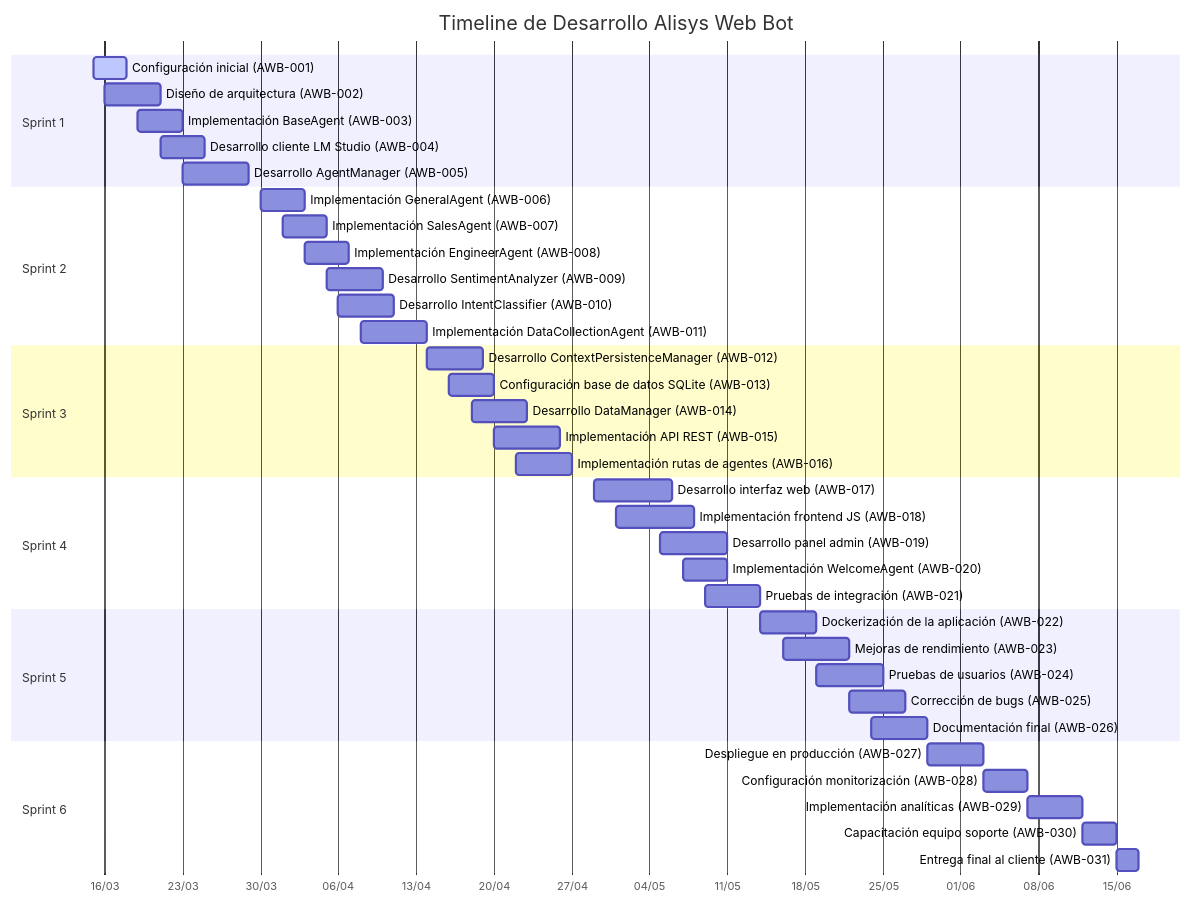
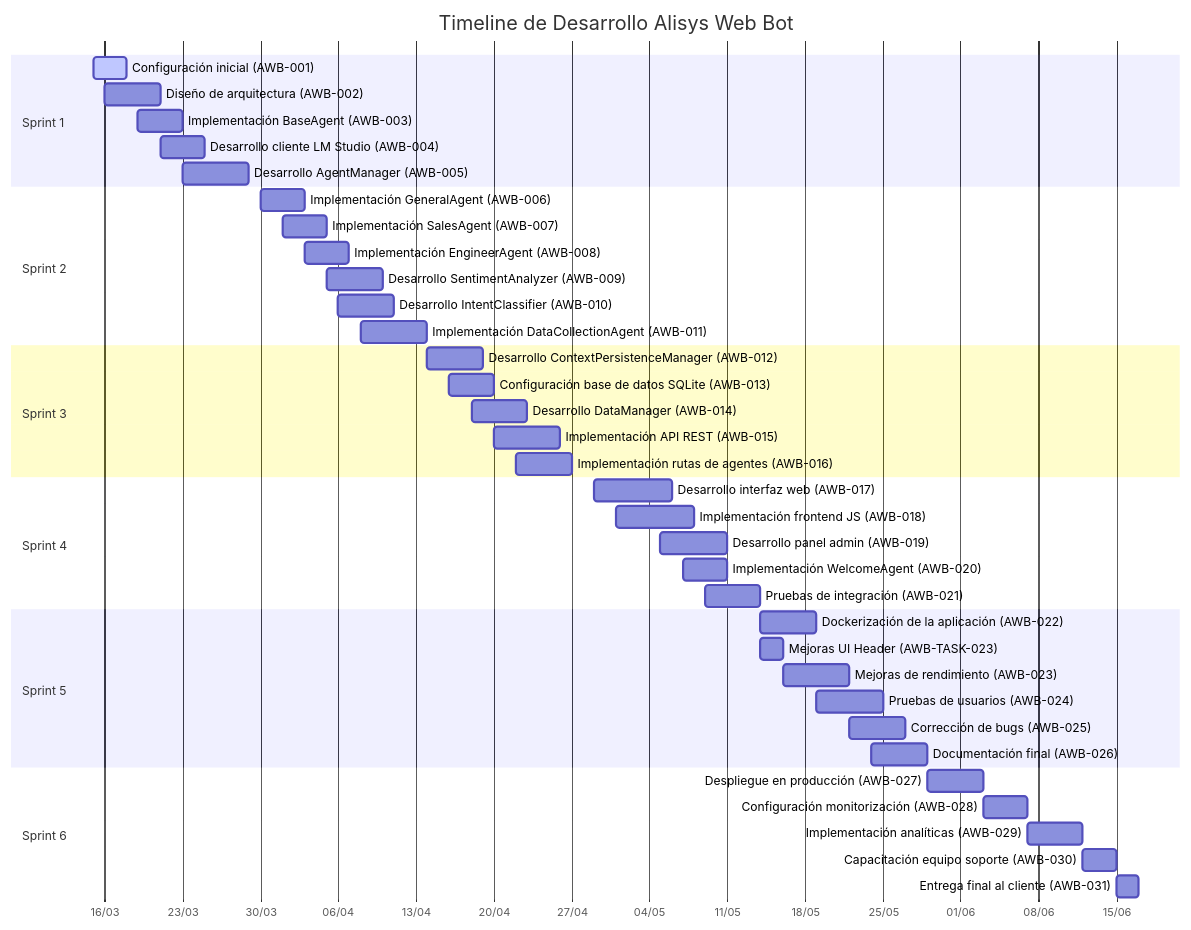
One commit to infantesromeroadrian/AgentAI-Chatbot-Web changed the diagram in jira-files/visualization/mermaid_gantt.md. Above: the diagram before and after it, drawn with Mermaid. The commit also changed 10 other files, not shown here.

````diff
--- a/jira-files/visualization/mermaid_gantt.md
+++ b/jira-files/visualization/mermaid_gantt.md
@@ -1,49 +1,50 @@
 ```mermaid
 gantt
     title Timeline de Desarrollo Alisys Web Bot
     dateFormat  YYYY-MM-DD
     axisFormat %d/%m
     
     section Sprint 1
     Configuración inicial (AWB-001)      :active, a1, 2025-03-15, 3d
     Diseño de arquitectura (AWB-002)     :a2, 2025-03-16, 5d
     Implementación BaseAgent (AWB-003)   :a3, 2025-03-19, 4d
     Desarrollo cliente LM Studio (AWB-004) :a4, 2025-03-21, 4d
     Desarrollo AgentManager (AWB-005)    :a5, 2025-03-23, 6d
     
     section Sprint 2
     Implementación GeneralAgent (AWB-006) :b1, 2025-03-30, 4d
     Implementación SalesAgent (AWB-007)  :b2, 2025-04-01, 4d
     Implementación EngineerAgent (AWB-008) :b3, 2025-04-03, 4d
     Desarrollo SentimentAnalyzer (AWB-009) :b4, 2025-04-05, 5d
     Desarrollo IntentClassifier (AWB-010) :b5, 2025-04-06, 5d
     Implementación DataCollectionAgent (AWB-011) :b6, 2025-04-08, 6d
     
     section Sprint 3
     Desarrollo ContextPersistenceManager (AWB-012) :c1, 2025-04-14, 5d
     Configuración base de datos SQLite (AWB-013) :c2, 2025-04-16, 4d
     Desarrollo DataManager (AWB-014)     :c3, 2025-04-18, 5d
     Implementación API REST (AWB-015)    :c4, 2025-04-20, 6d
     Implementación rutas de agentes (AWB-016) :c5, 2025-04-22, 5d
     
     section Sprint 4
     Desarrollo interfaz web (AWB-017)    :d1, 2025-04-29, 7d
     Implementación frontend JS (AWB-018) :d2, 2025-05-01, 7d
     Desarrollo panel admin (AWB-019)     :d3, 2025-05-05, 6d
     Implementación WelcomeAgent (AWB-020) :d4, 2025-05-07, 4d
     Pruebas de integración (AWB-021)     :d5, 2025-05-09, 5d
     
     section Sprint 5
     Dockerización de la aplicación (AWB-022) :e1, 2025-05-14, 5d
+    Mejoras UI Header (AWB-TASK-023)     :e6, 2025-05-14, 2d
     Mejoras de rendimiento (AWB-023)     :e2, 2025-05-16, 6d
     Pruebas de usuarios (AWB-024)        :e3, 2025-05-19, 6d
     Corrección de bugs (AWB-025)         :e4, 2025-05-22, 5d
     Documentación final (AWB-026)        :e5, 2025-05-24, 5d
     
     section Sprint 6
     Despliegue en producción (AWB-027)   :f1, 2025-05-29, 5d
     Configuración monitorización (AWB-028) :f2, after f1, 4d
     Implementación analíticas (AWB-029)  :f3, after f2, 5d
     Capacitación equipo soporte (AWB-030) :f4, after f3, 3d
     Entrega final al cliente (AWB-031)   :f5, after f4, 2d
-``` 
+```
````
